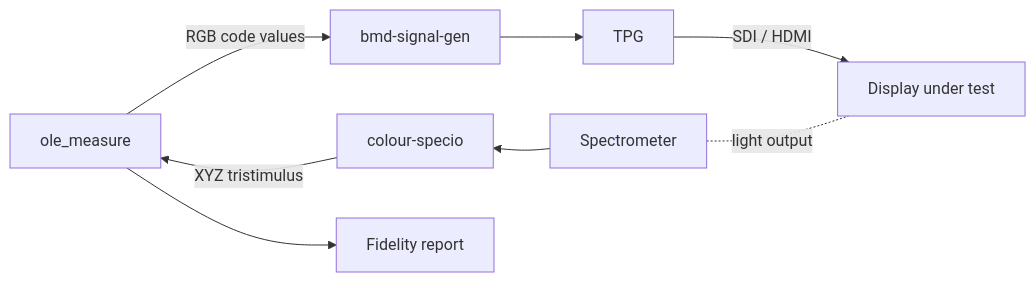
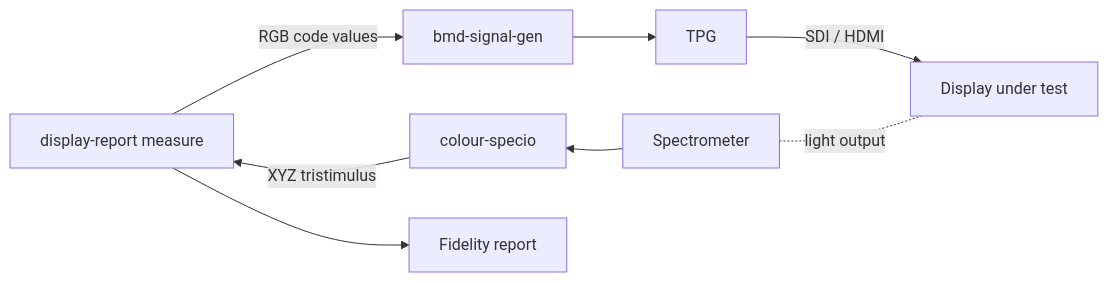
Before and after one commit to OpenDisplayEval/display-report: the diagram in USAGE.md, drawn with Mermaid. The commit also changed other lines of this file and 2 other files, not shown here.

First line of the commit message:
docs: retitle for display-report under OpenDisplayEval

````diff
--- a/USAGE.md
+++ b/USAGE.md
@@ -21,16 +21,16 @@
 ```mermaid
 flowchart LR
-    PC[ole_measure]
+    PC[display-report measure]
     BMD[bmd-signal-gen]
     TPG[TPG]
     DUT[Display under test]
     SR[Spectrometer]
     CS[colour-specio]
     Report[Fidelity report]
 
     PC -- "RGB code values" --> BMD --> TPG -- "SDI / HDMI" --> DUT
     PC ~~~ CS -- "XYZ tristimulus" --> PC
     CS ~~~ SR --> CS
     SR -. "light output" .- DUT
     PC --> Report
 ```
````
